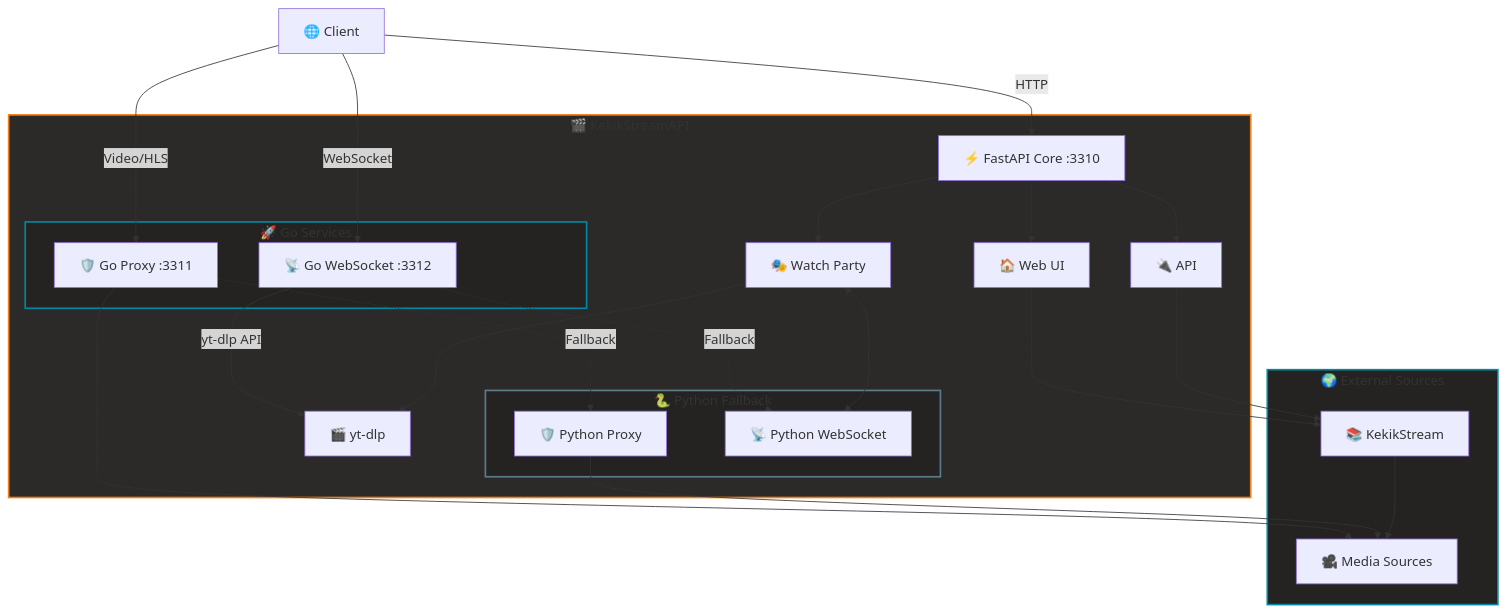
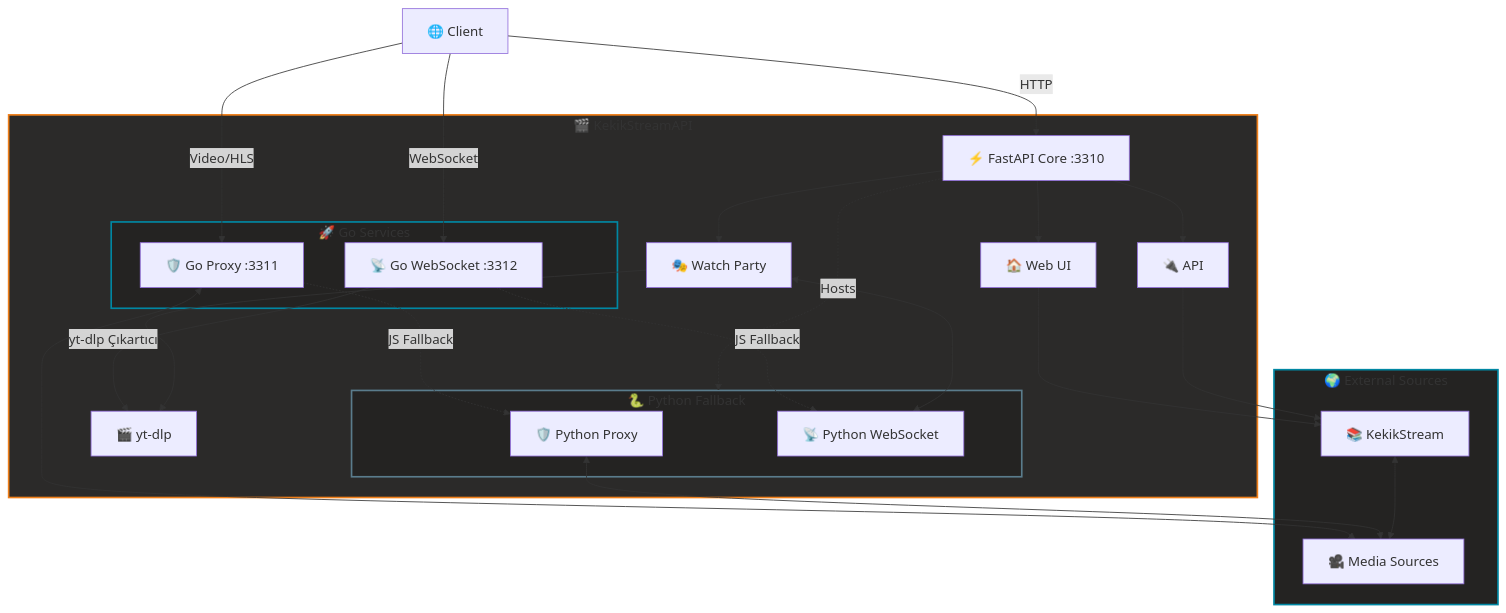
One commit to keyiflerolsun/KekikStreamAPI changed the diagram in README.md. Above: the diagram before and after it, drawn with Mermaid.

Commit message:
docs: improve architecture diagram with correct fallback and hosting labels

````diff
--- a/README.md
+++ b/README.md
@@ -82,54 +82,55 @@
 ```mermaid
 graph TB
     Client[🌐 Client]
     
     subgraph KekikStreamAPI[🎬 KekikStreamAPI]
         FastAPI[⚡ FastAPI Core :3310]
         Home[🏠 Web UI]
         API[🔌 API]
         WatchParty[🎭 Watch Party]
         YtDlp[🎬 yt-dlp]
         
         subgraph GoServices[🚀 Go Services]
             GoProxy[🛡️ Go Proxy :3311]
             GoWS[📡 Go WebSocket :3312]
         end
         
         subgraph PyServices[🐍 Python Fallback]
             PyProxy[🛡️ Python Proxy]
             PyWS[📡 Python WebSocket]
         end
     end
     
     subgraph External[🌍 External Sources]
         KekikStream[📚 KekikStream]
         MediaSources[🎥 Media Sources]
     end
     
     Client -->|HTTP| FastAPI
     Client -->|Video/HLS| GoProxy
     Client -->|WebSocket| GoWS
     
     FastAPI --> Home
     FastAPI --> API
     FastAPI --> WatchParty
+    FastAPI -.->|Hosts| PyServices
     
-    GoProxy -.->|Fallback| PyProxy
-    GoWS -.->|Fallback| PyWS
-    GoWS -->|yt-dlp API| YtDlp
+    GoProxy -.->|JS Fallback| PyProxy
+    GoWS -.->|JS Fallback| PyWS
+    GoWS -->|yt-dlp Çıkartıcı| YtDlp
     
     Home --> KekikStream
     API --> KekikStream
     
     WatchParty <--> PyWS
     WatchParty --> YtDlp
     
-    GoProxy --> MediaSources
-    PyProxy --> MediaSources
-    KekikStream --> MediaSources
+    GoProxy <--> MediaSources
+    PyProxy <--> MediaSources
+    KekikStream <--> MediaSources
 
     style KekikStreamAPI fill:#2b2a29,stroke:#ef7f1a,stroke-width:2px
     style GoServices fill:#242322,stroke:#0087a3,stroke-width:2px
     style PyServices fill:#242322,stroke:#5a7c8c,stroke-width:2px
     style External fill:#242322,stroke:#0087a3,stroke-width:2px
 ```
````
